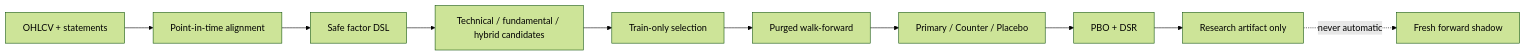
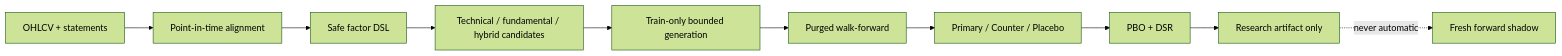
The diagram in README.md (xuxingjiankr-cpu/perception-xalpha-lite), drawn with Mermaid (forest theme) before and after one commit. The commit also changed other lines of this file and 16 other files, not shown here.

````diff
--- a/README.md
+++ b/README.md
@@ -21,12 +21,12 @@
 ```mermaid
 flowchart LR
     A["OHLCV + statements"] --> B["Point-in-time alignment"]
     B --> C["Safe factor DSL"]
     C --> D["Technical / fundamental / hybrid candidates"]
-    D --> E["Train-only selection"]
+    D --> E["Train-only bounded generation"]
     E --> F["Purged walk-forward"]
     F --> G["Primary / Counter / Placebo"]
     G --> H["PBO + DSR"]
     H --> I["Research artifact only"]
     I -. "never automatic" .-> J["Fresh forward shadow"]
 ```
````
